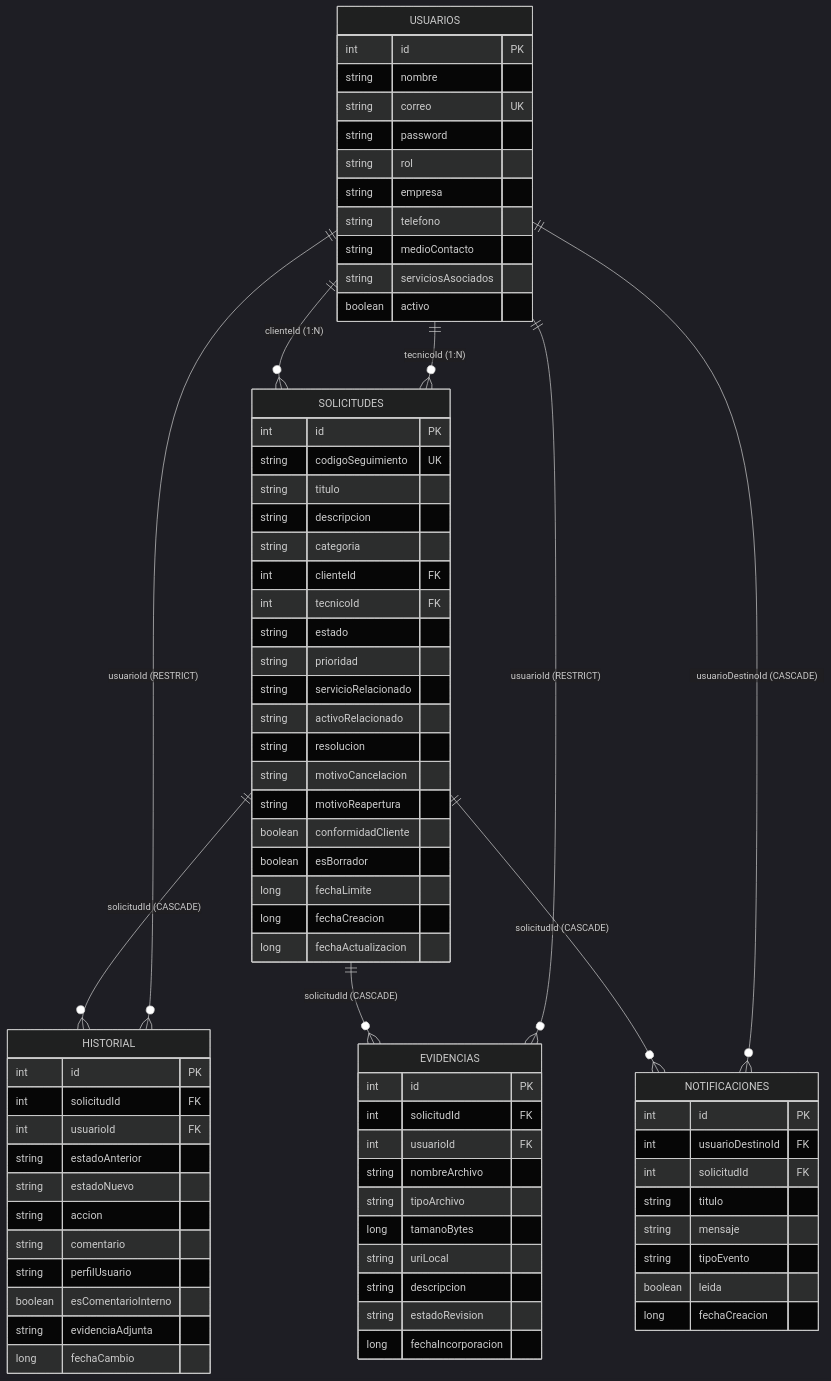
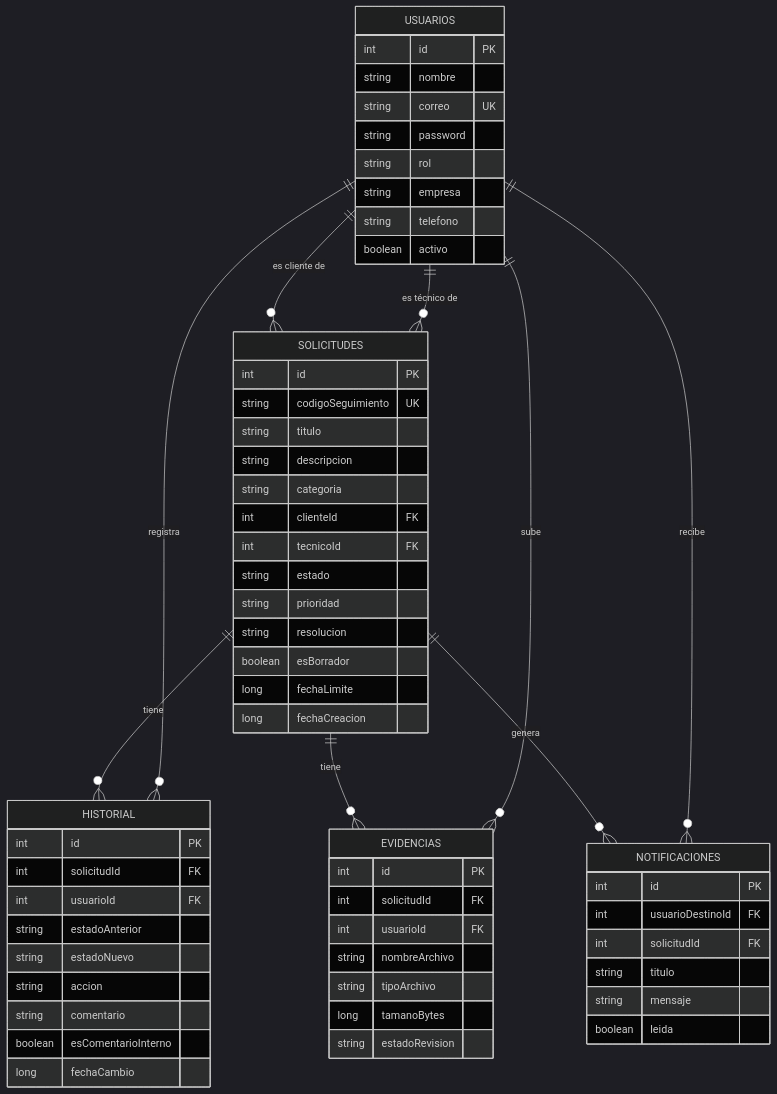
The third of 3 diagrams in README.md (Liz-Elizabeth/GSM), drawn with Mermaid (dark theme) before and after one commit. The commit also changed other lines of this file and 5 other files, not shown here.

````diff
--- a/README.md
+++ b/README.md
@@ -384,13 +721,13 @@
 ```mermaid
 erDiagram
-    USUARIOS ||--o{ SOLICITUDES : "clienteId (1:N)"
-    USUARIOS ||--o{ SOLICITUDES : "tecnicoId (1:N)"
-    SOLICITUDES ||--o{ HISTORIAL : "solicitudId (CASCADE)"
-    USUARIOS ||--o{ HISTORIAL : "usuarioId (RESTRICT)"
-    SOLICITUDES ||--o{ EVIDENCIAS : "solicitudId (CASCADE)"
-    USUARIOS ||--o{ EVIDENCIAS : "usuarioId (RESTRICT)"
-    SOLICITUDES ||--o{ NOTIFICACIONES : "solicitudId (CASCADE)"
-    USUARIOS ||--o{ NOTIFICACIONES : "usuarioDestinoId (CASCADE)"
+    USUARIOS ||--o{ SOLICITUDES : "es cliente de"
+    USUARIOS ||--o{ SOLICITUDES : "es técnico de"
+    SOLICITUDES ||--o{ HISTORIAL : "tiene"
+    USUARIOS ||--o{ HISTORIAL : "registra"
+    SOLICITUDES ||--o{ EVIDENCIAS : "tiene"
+    USUARIOS ||--o{ EVIDENCIAS : "sube"
+    SOLICITUDES ||--o{ NOTIFICACIONES : "genera"
+    USUARIOS ||--o{ NOTIFICACIONES : "recibe"
 
     USUARIOS {
         int id PK
@@ -400,8 +737,6 @@
         string rol
         string empresa
         string telefono
-        string medioContacto
-        string serviciosAsociados
         boolean activo
     }
 
@@ -415,16 +750,10 @@
         int tecnicoId FK
         string estado
         string prioridad
-        string servicioRelacionado
-        string activoRelacionado
         string resolucion
-        string motivoCancelacion
-        string motivoReapertura
-        boolean conformidadCliente
         boolean esBorrador
         long fechaLimite
         long fechaCreacion
-        long fechaActualizacion
     }
 
     HISTORIAL {
@@ -435,9 +764,7 @@
         string estadoNuevo
         string accion
         string comentario
-        string perfilUsuario
         boolean esComentarioInterno
-        string evidenciaAdjunta
         long fechaCambio
     }
 
@@ -448,10 +775,7 @@
         string nombreArchivo
         string tipoArchivo
         long tamanoBytes
-        string uriLocal
-        string descripcion
         string estadoRevision
-        long fechaIncorporacion
     }
 
     NOTIFICACIONES {
@@ -460,8 +784,6 @@
         int solicitudId FK
         string titulo
         string mensaje
-        string tipoEvento
         boolean leida
-        long fechaCreacion
     }
 ```
````
